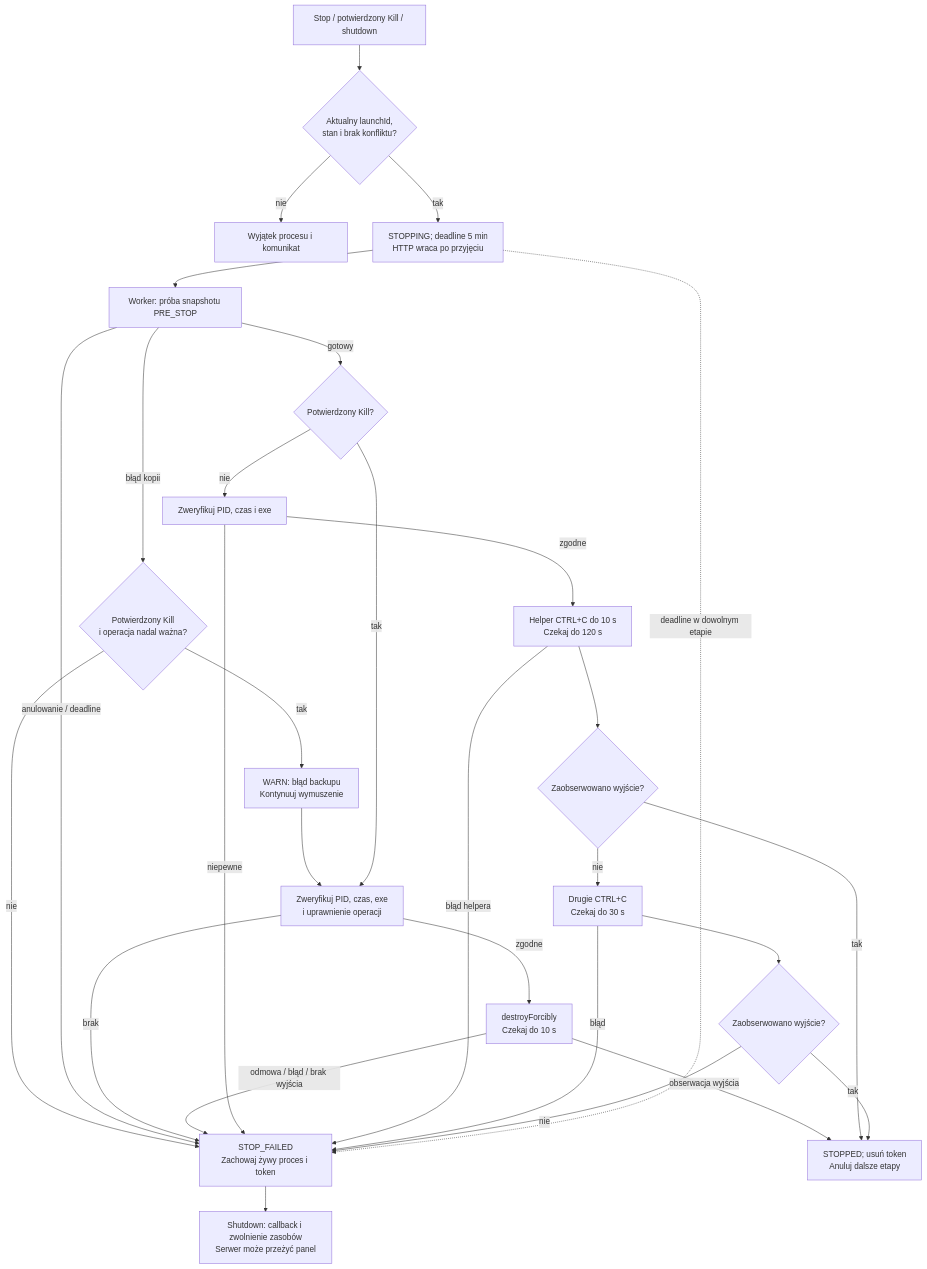
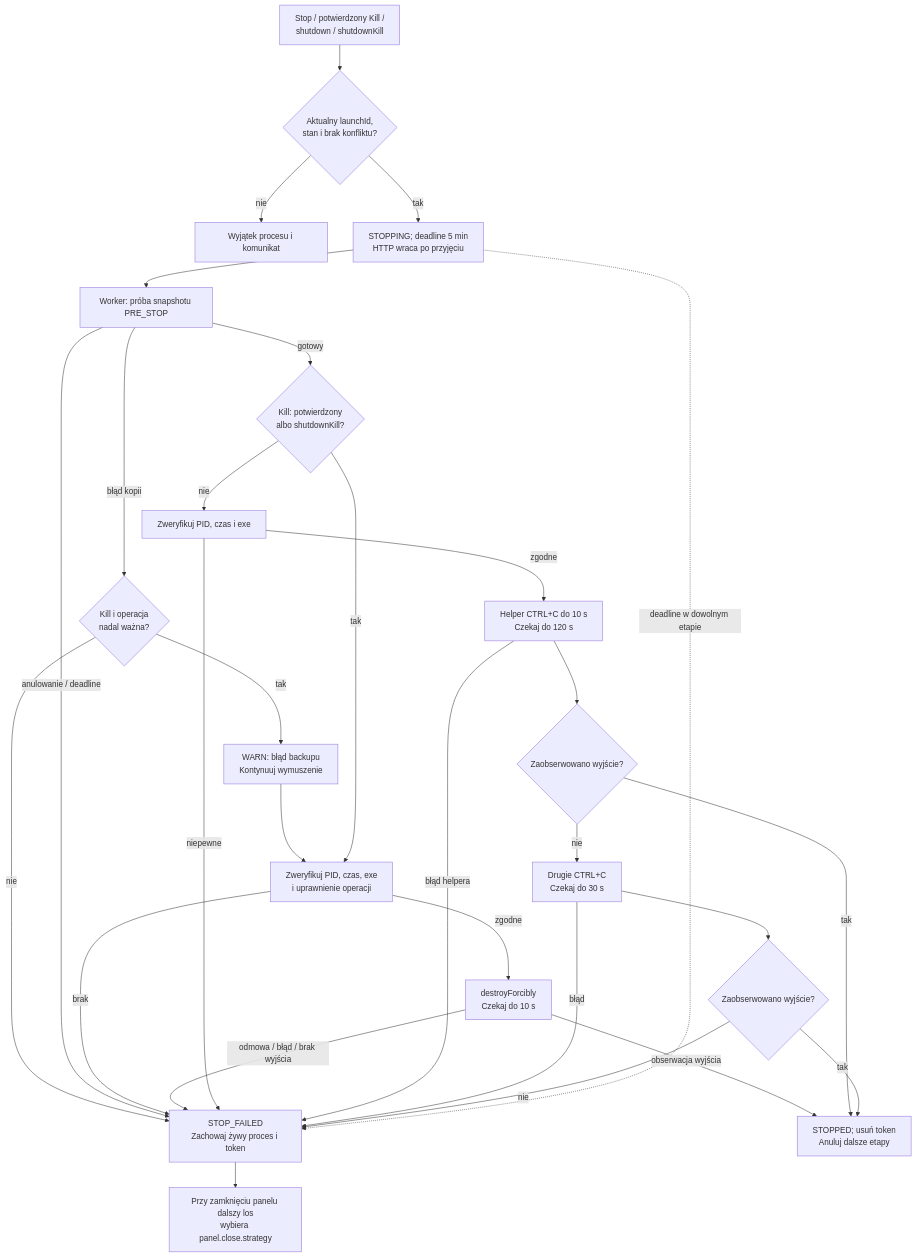
Before and after one commit to Pplociennik/vDeck: the diagram in dokumentacja/diagramy/server/przeplyw-zatrzymanie-serwera.mmd, drawn with Mermaid. The commit also changed 37 other files, not shown here.

```diff
--- a/dokumentacja/diagramy/server/przeplyw-zatrzymanie-serwera.mmd
+++ b/dokumentacja/diagramy/server/przeplyw-zatrzymanie-serwera.mmd
@@ -1,30 +1,30 @@
 %% Diagram przepływu: łagodny Stop i potwierdzony Kill
 flowchart TD
-    request[Stop / potwierdzony Kill / shutdown] --> admit{Aktualny launchId,<br/>stan i brak konfliktu?}
+    request[Stop / potwierdzony Kill /<br/>shutdown / shutdownKill] --> admit{Aktualny launchId,<br/>stan i brak konfliktu?}
     admit -- nie --> reject[Wyjątek procesu i komunikat]
     admit -- tak --> stopping[STOPPING; deadline 5 min<br/>HTTP wraca po przyjęciu]
     stopping --> snapshot[Worker: próba snapshotu PRE_STOP]
-    snapshot -- gotowy --> mode{Potwierdzony Kill?}
-    snapshot -- błąd kopii --> backup{Potwierdzony Kill<br/>i operacja nadal ważna?}
+    snapshot -- gotowy --> mode{Kill: potwierdzony<br/>albo shutdownKill?}
+    snapshot -- błąd kopii --> backup{Kill i operacja<br/>nadal ważna?}
     backup -- nie --> failed[STOP_FAILED<br/>Zachowaj żywy proces i token]
     backup -- tak --> warning[WARN: błąd backupu<br/>Kontynuuj wymuszenie]
     warning --> forceIdentity
     snapshot -- anulowanie / deadline --> failed
     mode -- tak --> forceIdentity[Zweryfikuj PID, czas, exe<br/>i uprawnienie operacji]
     forceIdentity -- brak --> failed
     forceIdentity -- zgodne --> force[destroyForcibly<br/>Czekaj do 10 s]
     force -- obserwacja wyjścia --> stopped[STOPPED; usuń token<br/>Anuluj dalsze etapy]
     force -- odmowa / błąd / brak wyjścia --> failed
     mode -- nie --> identity[Zweryfikuj PID, czas i exe]
     identity -- niepewne --> failed
     identity -- zgodne --> ctrl[Helper CTRL+C do 10 s<br/>Czekaj do 120 s]
     ctrl -- błąd helpera --> failed
     ctrl --> exit{Zaobserwowano wyjście?}
     exit -- tak --> stopped
     exit -- nie --> retry[Drugie CTRL+C<br/>Czekaj do 30 s]
     retry -- błąd --> failed
     retry --> exit2{Zaobserwowano wyjście?}
     exit2 -- tak --> stopped
     exit2 -- nie --> failed
     stopping -. deadline w dowolnym etapie .-> failed
-    failed --> close[Shutdown: callback i zwolnienie zasobów<br/>Serwer może przeżyć panel]
+    failed --> close[Przy zamknięciu panelu dalszy los<br/>wybiera panel.close.strategy]
```
